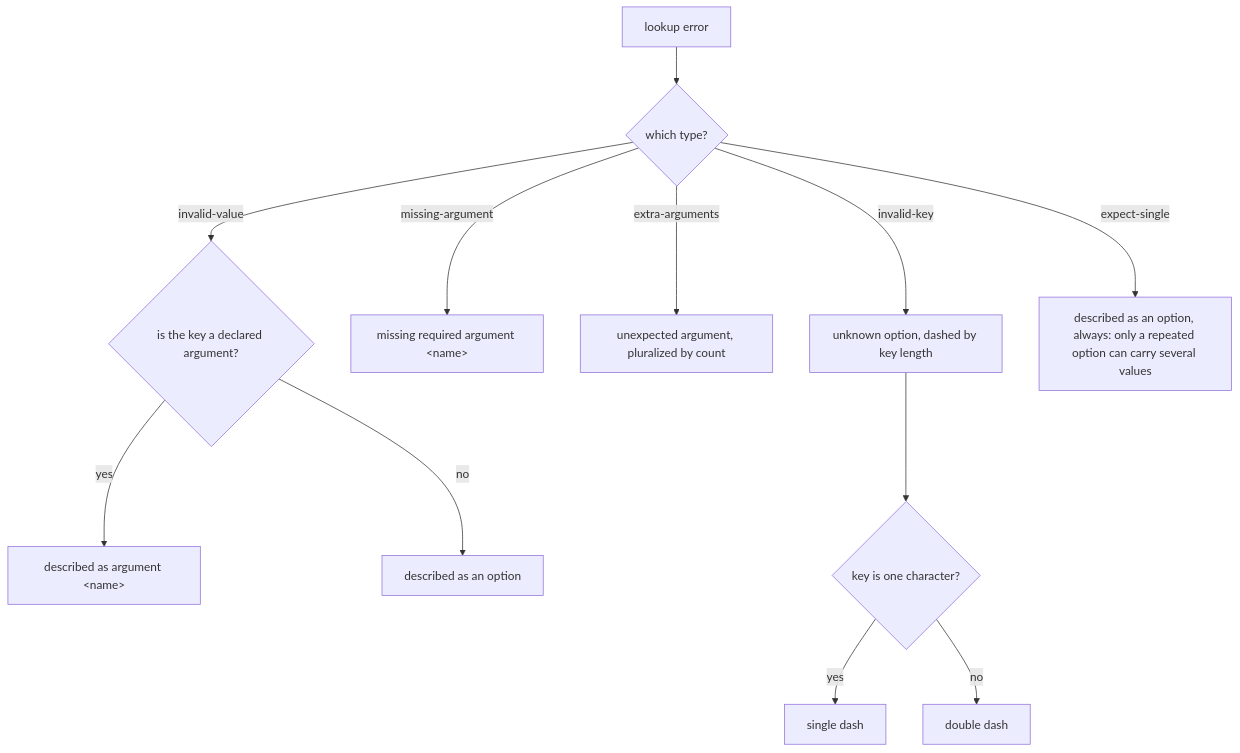
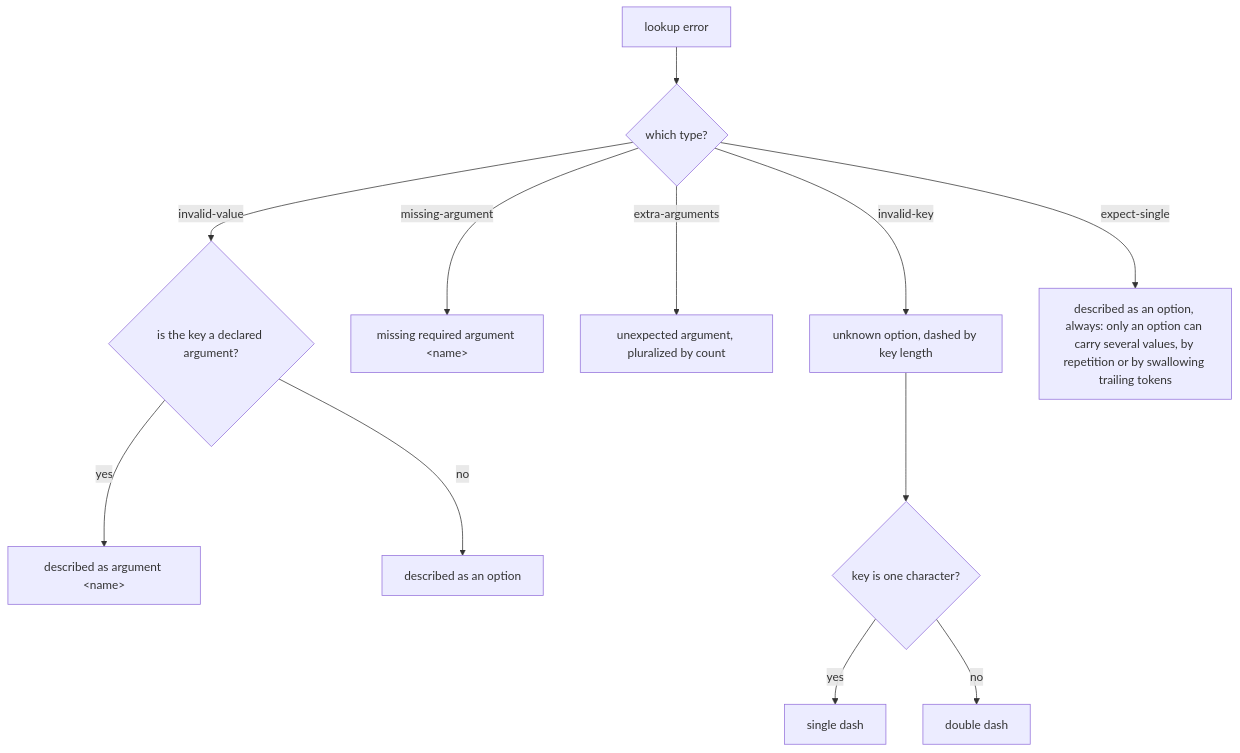
Before and after one commit to clibuilder/clibuilder: the seventh of 7 diagrams in packages/clibuilder/.agents/spec/presentation/README.md, drawn with Mermaid. The commit also changed other lines of this file, not shown here.

First line of the commit message:
docs(clibuilder): an option gathers several values two ways, not one

````diff
--- a/packages/clibuilder/.agents/spec/presentation/README.md
+++ b/packages/clibuilder/.agents/spec/presentation/README.md
@@ -340,14 +341,14 @@
 ```mermaid
 graph TD
   F[lookup error] --> K{which type?}
   K -- invalid-key --> IK[unknown option, dashed by key length]
   K -- missing-argument --> MA["missing required argument &lt;name&gt;"]
   K -- extra-arguments --> EA[unexpected argument, pluralized by count]
   K -- invalid-value --> IV{is the key a declared argument?}
-  K -- expect-single --> ESO[described as an option, always: only a repeated option can carry several values]
+  K -- expect-single --> ESO[described as an option, always: only an option can carry several values, by repetition or by swallowing trailing tokens]
   IV -- yes --> IVA["described as argument &lt;name&gt;"]
   IV -- no --> IVO[described as an option]
   IK --> LEN{key is one character?}
   LEN -- yes --> ONE[single dash]
   LEN -- no --> TWO[double dash]
 ```
````
